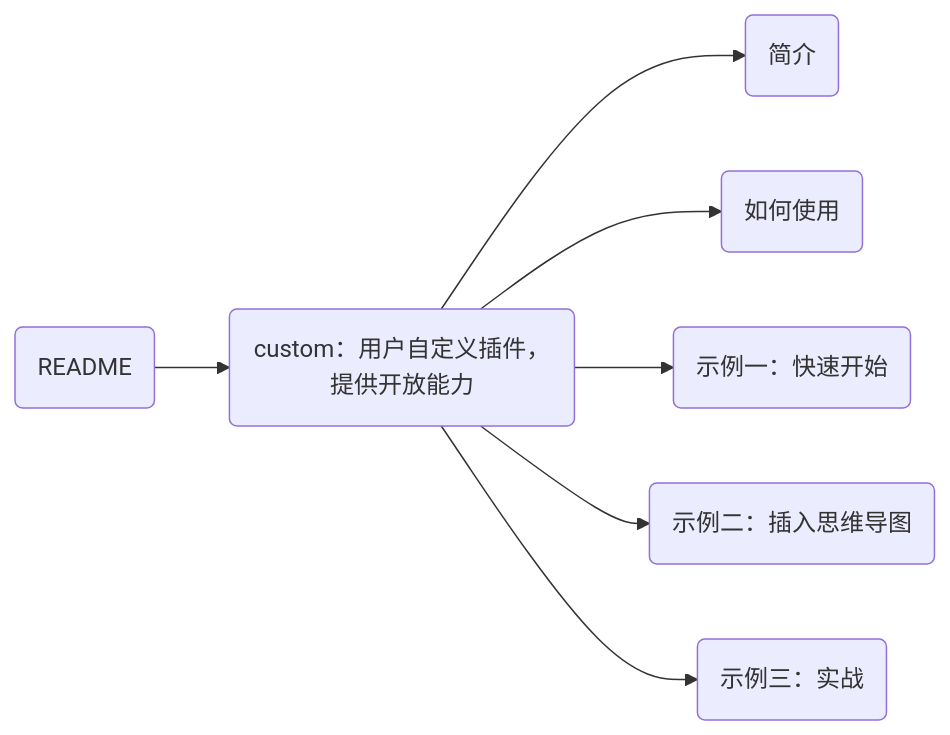
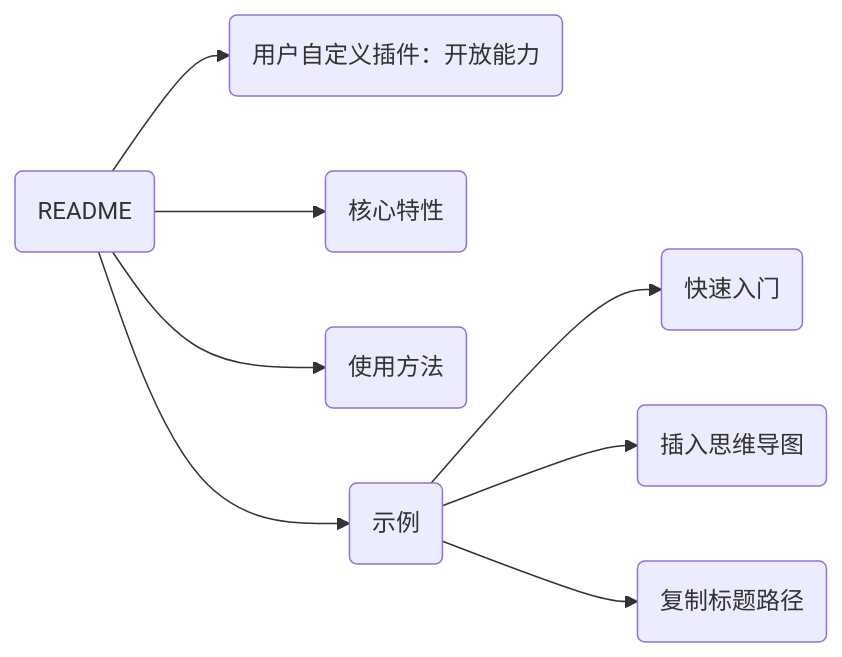
The diagram in Typora/4. Plug-in Configuration（插件配置）/plugin/custom/README.md (huangcancan-xbc/Software-Recommendations), drawn with Mermaid before and after one commit. The commit also changed other lines of this file and 41 other files, not shown here.

````diff
--- a/Typora/4. Plug-in Configuration（插件配置）/plugin/custom/README.md
+++ b/Typora/4. Plug-in Configuration（插件配置）/plugin/custom/README.md
@@ -193,9 +182,10 @@
 ```mermaid
 graph LR
-T1("README")-->T2("custom：用户自定义插件，提供开放能力")
-T2-->T3("简介")
-T2-->T4("如何使用")
-T2-->T5("示例一：快速开始")
-T2-->T6("示例二：插入思维导图")
-T2-->T7("示例三：实战")
+T1("README")-->T2("用户自定义插件：开放能力")
+T1-->T3("核心特性")
+T1-->T4("使用方法")
+T1-->T5("示例")
+T5-->T6("快速入门")
+T5-->T7("插入思维导图")
+T5-->T8("复制标题路径")
 ```
````
